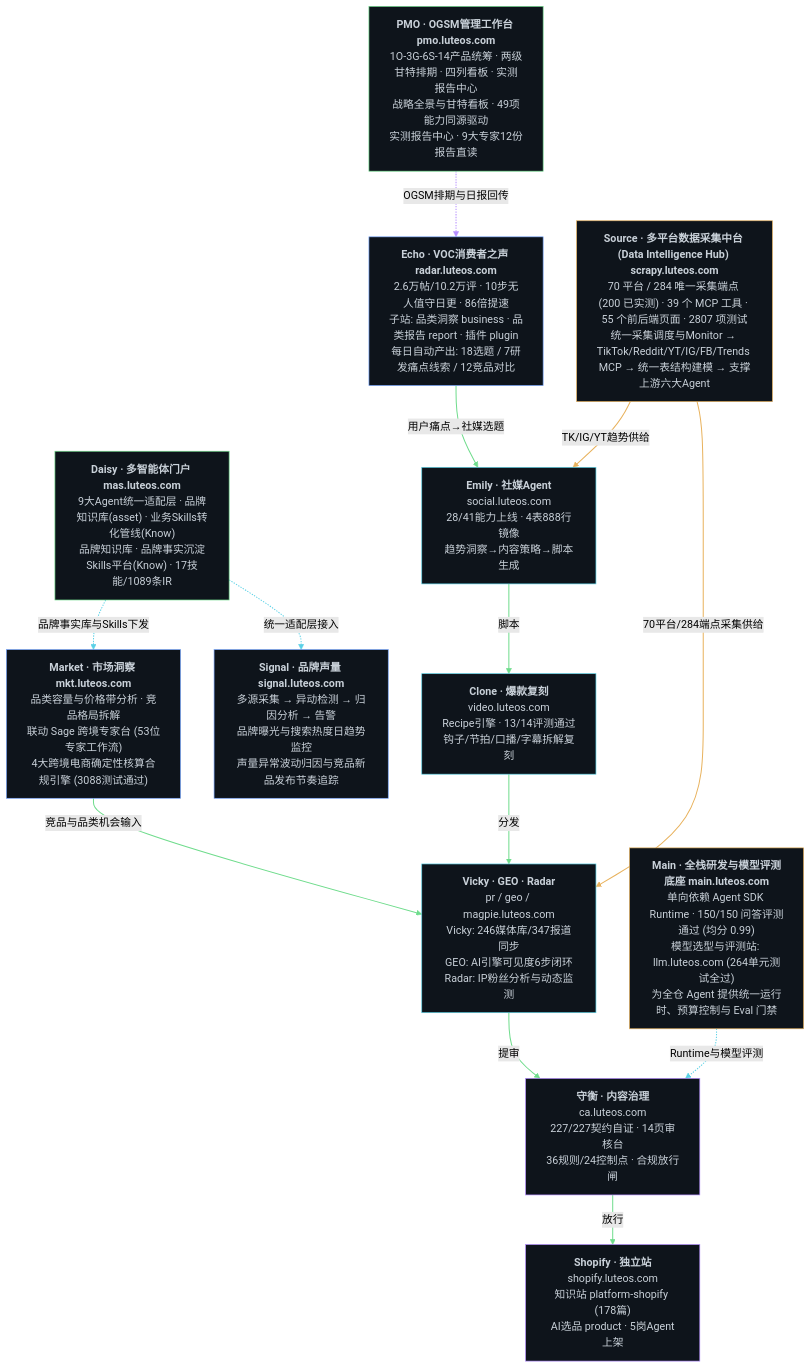
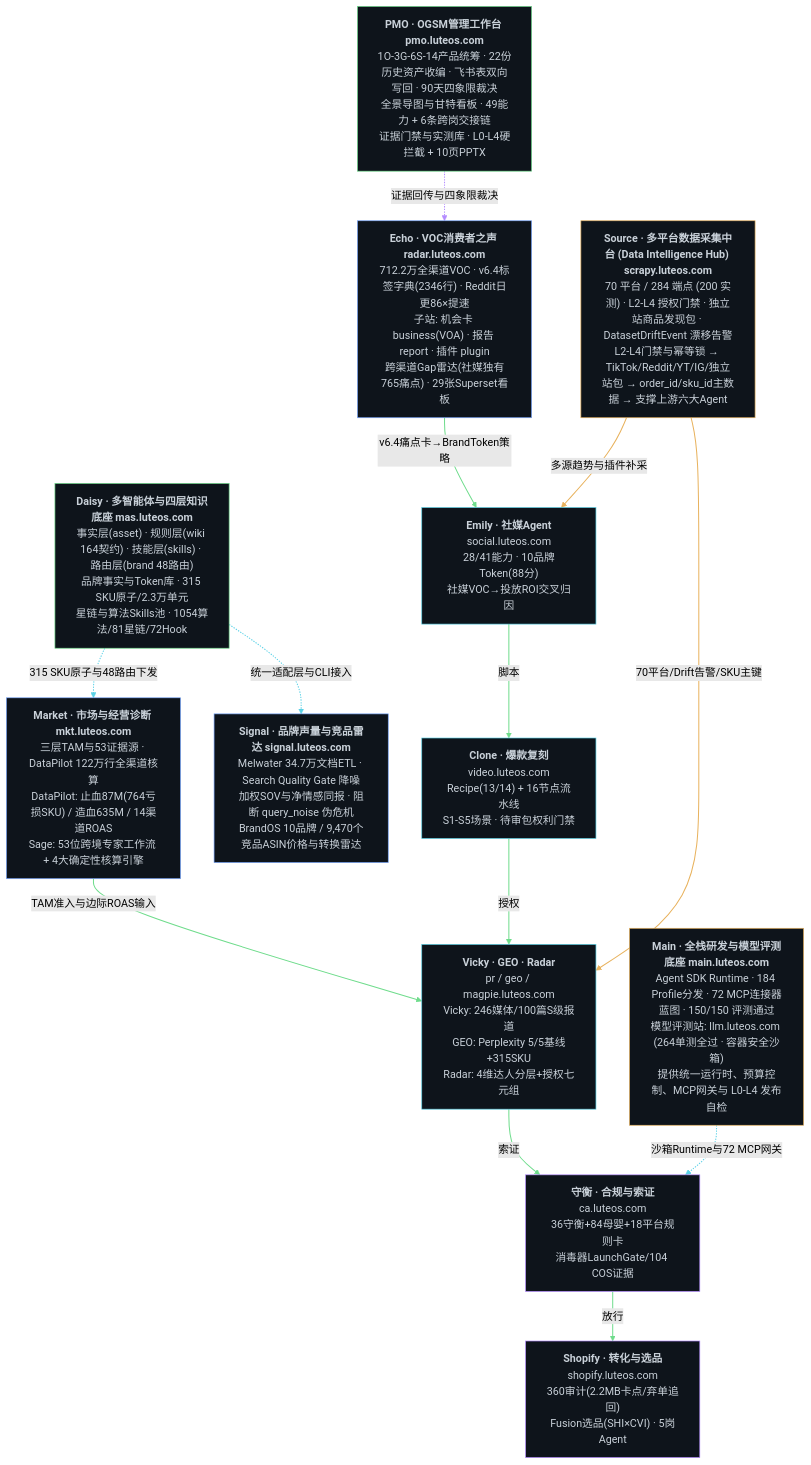
The diagram in OGSM/ogsm-web/app/static/abi-arch-diagram.mmd (zjgulai/pmo), drawn with Mermaid (forest theme) before and after one commit. The commit also changed 16 other files, not shown here.

First line of the commit message:
feat(v9): 落地22份历史资产淘金、四阶自进化标尺、147道三棒接力甘特图与飞书@三人定时催办

```diff
--- a/OGSM/ogsm-web/app/static/abi-arch-diagram.mmd
+++ b/OGSM/ogsm-web/app/static/abi-arch-diagram.mmd
@@ -1,44 +1,44 @@
 flowchart TB
-  %% ABI 品牌 & 营销 Agent 全景系统架构 · 14 大产品与数据流向
-  pmo["<b>PMO · OGSM管理工作台 pmo.luteos.com</b><br/>1O-3G-6S-14产品统筹 · 两级甘特排期 · 四列看板 · 实测报告中心<br/>战略全景与甘特看板 · 49项能力同源驱动<br/>实测报告中心 · 9大专家12份报告直读"]:::portal
-  daisy["<b>Daisy · 多智能体门户 mas.luteos.com</b><br/>9大Agent统一适配层 · 品牌知识库(asset) · 业务Skills转化管线(Know)<br/>品牌知识库 · 品牌事实沉淀<br/>Skills平台(Know) · 17技能/1089条IR"]:::portal
-  echo["<b>Echo · VOC消费者之声 radar.luteos.com</b><br/>2.6万帖/10.2万评 · 10步无人值守日更 · 86倍提速<br/>子站: 品类洞察 business · 品类报告 report · 插件 plugin<br/>每日自动产出: 18选题 / 7研发痛点线索 / 12竞品对比"]:::g2
-  market["<b>Market · 市场洞察 mkt.luteos.com</b><br/>品类容量与价格带分析 · 竞品格局拆解<br/>联动 Sage 跨境专家台 (53位专家工作流)<br/>4大跨境电商确定性核算合规引擎 (3088测试通过)"]:::g2
-  signal["<b>Signal · 品牌声量 signal.luteos.com</b><br/>多源采集 → 异动检测 → 归因分析 → 告警<br/>品牌曝光与搜索热度日趋势监控<br/>声量异常波动归因与竞品新品发布节奏追踪"]:::g2
-  emily["<b>Emily · 社媒Agent</b><br/>social.luteos.com<br/>28/41能力上线 · 4表888行镜像<br/>趋势洞察→内容策略→脚本生成"]:::g1
-  clone["<b>Clone · 爆款复刻</b><br/>video.luteos.com<br/>Recipe引擎 · 13/14评测通过<br/>钩子/节拍/口播/字幕拆解复刻"]:::g1
-  vicky["<b>Vicky · GEO · Radar</b><br/>pr / geo / magpie.luteos.com<br/>Vicky: 246媒体库/347报道同步<br/>GEO: AI引擎可见度6步闭环<br/>Radar: IP粉丝分析与动态监测"]:::g1
-  shouheng["<b>守衡 · 内容治理</b><br/>ca.luteos.com<br/>227/227契约自证 · 14页审核台<br/>36规则/24控制点 · 合规放行闸"]:::commerce
-  shopify["<b>Shopify · 独立站</b><br/>shopify.luteos.com<br/>知识站 platform-shopify (178篇)<br/>AI选品 product · 5岗Agent上架"]:::commerce
-  source["<b>Source · 多平台数据采集中台 (Data Intelligence Hub) scrapy.luteos.com</b><br/>70 平台 / 284 唯一采集端点 (200 已实测) · 39 个 MCP 工具 · 55 个前后端页面 · 2807 项测试<br/>统一采集调度与Monitor → TikTok/Reddit/YT/IG/FB/Trends MCP → 统一表结构建模 → 支撑上游六大Agent"]:::infra
-  main["<b>Main · 全栈研发与模型评测底座 main.luteos.com</b><br/>单向依赖 Agent SDK Runtime · 150/150 问答评测通过 (均分 0.99)<br/>模型选型与评测站: llm.luteos.com (264单元测试全过)<br/>为全仓 Agent 提供统一运行时、预算控制与 Eval 门禁"]:::infra
-  pmo -.->|"OGSM排期与日报回传"| echo
-  daisy -.->|"品牌事实库与Skills下发"| market
-  daisy -.->|"统一适配层接入"| signal
-  echo -->|"用户痛点→社媒选题"| emily
-  market -->|"竞品与品类机会输入"| vicky
+  %% ABI 品牌 & 营销 Agent 全景系统架构 · 14 大产品与 6 条跨岗交接链
+  pmo["<b>PMO · OGSM管理工作台 pmo.luteos.com</b><br/>1O-3G-6S-14产品统筹 · 22份历史资产收编 · 飞书表双向写回 · 90天四象限裁决<br/>全景导图与甘特看板 · 49能力 + 6条跨岗交接链<br/>证据门禁与实测库 · L0-L4硬拦截 + 10页PPTX"]:::portal
+  daisy["<b>Daisy · 多智能体与四层知识底座 mas.luteos.com</b><br/>事实层(asset) · 规则层(wiki 164契约) · 技能层(skills) · 路由层(brand 48路由)<br/>品牌事实与Token库 · 315 SKU原子/2.3万单元<br/>星链与算法Skills池 · 1054算法/81星链/72Hook"]:::portal
+  echo["<b>Echo · VOC消费者之声 radar.luteos.com</b><br/>712.2万全渠道VOC · v6.4标签字典(2346行) · Reddit日更86×提速<br/>子站: 机会卡 business(VOA) · 报告 report · 插件 plugin<br/>跨渠道Gap雷达(社媒独有765痛点) · 29张Superset看板"]:::g2
+  market["<b>Market · 市场与经营诊断 mkt.luteos.com</b><br/>三层TAM与53证据源 · DataPilot 122万行全渠道核算<br/>DataPilot: 止血87M(764亏损SKU) / 造血635M / 14渠道ROAS<br/>Sage: 53位跨境专家工作流 + 4大确定性核算引擎"]:::g2
+  signal["<b>Signal · 品牌声量与竞品雷达 signal.luteos.com</b><br/>Melwater 34.7万文档ETL · Search Quality Gate 降噪<br/>加权SOV与净情感同报 · 阻断 query_noise 伪危机<br/>BrandOS 10品牌 / 9,470个竞品ASIN价格与转换雷达"]:::g2
+  emily["<b>Emily · 社媒Agent</b><br/>social.luteos.com<br/>28/41能力 · 10品牌Token(88分)<br/>社媒VOC→投放ROI交叉归因"]:::g1
+  clone["<b>Clone · 爆款复刻</b><br/>video.luteos.com<br/>Recipe(13/14) + 16节点流水线<br/>S1-S5场景 · 待审包权利门禁"]:::g1
+  vicky["<b>Vicky · GEO · Radar</b><br/>pr / geo / magpie.luteos.com<br/>Vicky: 246媒体/100篇S级报道<br/>GEO: Perplexity 5/5基线+315SKU<br/>Radar: 4维达人分层+授权七元组"]:::g1
+  shouheng["<b>守衡 · 合规与索证</b><br/>ca.luteos.com<br/>36守衡+84母婴+18平台规则卡<br/>消毒器LaunchGate/104 COS证据"]:::commerce
+  shopify["<b>Shopify · 转化与选品</b><br/>shopify.luteos.com<br/>360审计(2.2MB卡点/弃单追回)<br/>Fusion选品(SHI×CVI) · 5岗Agent"]:::commerce
+  source["<b>Source · 多平台数据采集中台 (Data Intelligence Hub) scrapy.luteos.com</b><br/>70 平台 / 284 端点 (200 实测) · L2-L4 授权门禁 · 独立站商品发现包 · DatasetDriftEvent 漂移告警<br/>L2-L4门禁与幂等锁 → TikTok/Reddit/YT/IG/独立站包 → order_id/sku_id主数据 → 支撑上游六大Agent"]:::infra
+  main["<b>Main · 全栈研发与模型评测底座 main.luteos.com</b><br/>Agent SDK Runtime · 184 Profile分发 · 72 MCP连接器蓝图 · 150/150 评测通过<br/>模型评测站: llm.luteos.com (264单测全过 · 容器安全沙箱)<br/>提供统一运行时、预算控制、MCP网关与 L0-L4 发布自检"]:::infra
+  pmo -.->|"证据回传与四象限裁决"| echo
+  daisy -.->|"315 SKU原子与48路由下发"| market
+  daisy -.->|"统一适配层与CLI接入"| signal
+  echo -->|"v6.4痛点卡→BrandToken策略"| emily
+  market -->|"TAM准入与边际ROAS输入"| vicky
   emily -->|"脚本"| clone
-  clone -->|"分发"| vicky
-  vicky -->|"提审"| shouheng
+  clone -->|"授权"| vicky
+  vicky -->|"索证"| shouheng
   shouheng -->|"放行"| shopify
-  source -->|"TK/IG/YT趋势供给"| emily
-  source -->|"70平台/284端点采集供给"| vicky
-  main -.->|"Runtime与模型评测"| shouheng
+  source -->|"多源趋势与插件补采"| emily
+  source -->|"70平台/Drift告警/SKU主键"| vicky
+  main -.->|"沙箱Runtime与72 MCP网关"| shouheng
   linkStyle 0 stroke:#b48cff,stroke-width:1.5px
   linkStyle 1 stroke:#5ad1e6,stroke-width:1.5px
   linkStyle 2 stroke:#5ad1e6,stroke-width:1.5px
   linkStyle 3 stroke:#6fdc8c,stroke-width:1.5px
   linkStyle 4 stroke:#6fdc8c,stroke-width:1.5px
   linkStyle 5 stroke:#6fdc8c,stroke-width:1.5px
   linkStyle 6 stroke:#6fdc8c,stroke-width:1.5px
   linkStyle 7 stroke:#6fdc8c,stroke-width:1.5px
   linkStyle 8 stroke:#6fdc8c,stroke-width:1.5px
   linkStyle 9 stroke:#e8b25d,stroke-width:1.5px
   linkStyle 10 stroke:#e8b25d,stroke-width:1.5px
   linkStyle 11 stroke:#5ad1e6,stroke-width:1.5px
   classDef portal fill:#0e141b,stroke:#6fdc8c,color:#c9d1d9
   classDef g2 fill:#0e141b,stroke:#79a8ff,color:#c9d1d9
   classDef g1 fill:#0e141b,stroke:#5ad1e6,color:#c9d1d9
   classDef commerce fill:#0e141b,stroke:#b48cff,color:#c9d1d9
   classDef infra fill:#0e141b,stroke:#e8b25d,color:#c9d1d9
   classDef none fill:#0e141b,stroke:#3a4450,color:#c9d1d9
```
